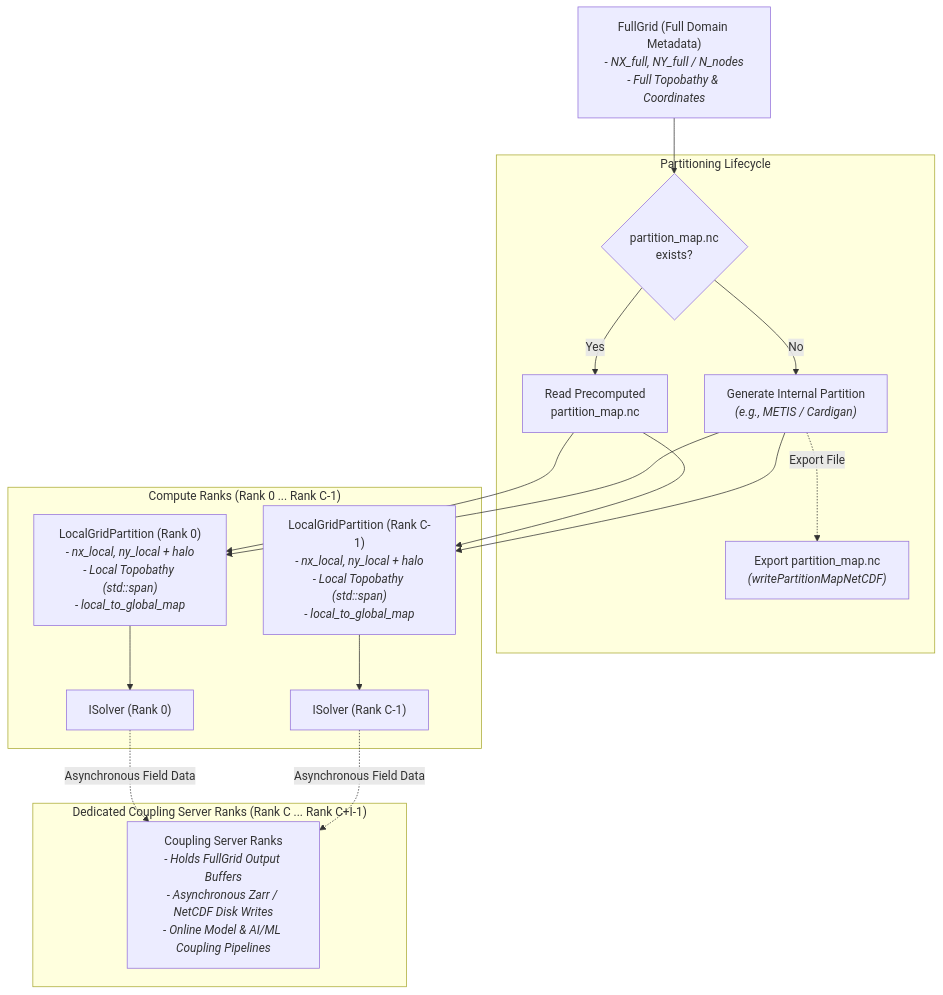
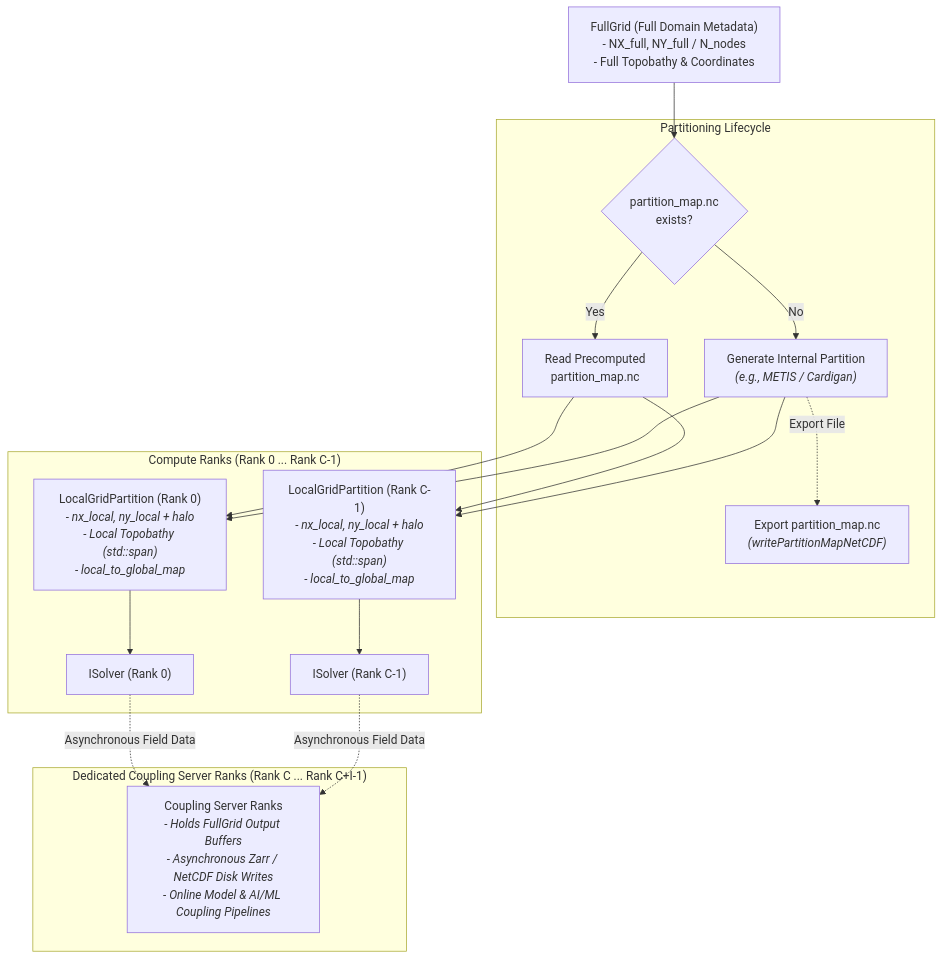
One commit to HendrikTolman-NOAA/WW4_HLT changed the third of 3 diagrams in ASSESSMENT.md. Above: the diagram before and after it, drawn with Mermaid.

Commit message:
docs: format FullGrid box label in Section 9.1 Mermaid diagram

````diff
--- a/ASSESSMENT.md
+++ b/ASSESSMENT.md
@@ -208,40 +208,40 @@
 ```mermaid
 graph TD
-    FG["FullGrid (Full Domain Metadata)<br/><i>- NX_full, NY_full / N_nodes</i><br/><i>- Full Topobathy & Coordinates</i>"]
+    FG["FullGrid&nbsp;(Full&nbsp;Domain&nbsp;Metadata)<br/>-&nbsp;NX_full,&nbsp;NY_full&nbsp;/&nbsp;N_nodes<br/>-&nbsp;Full&nbsp;Topobathy&nbsp;&&nbsp;Coordinates"]
 
     subgraph PartMap ["Partitioning Lifecycle"]
         PM_CHK{"partition_map.nc<br/>exists?"}
         PM_READ["Read Precomputed<br/>partition_map.nc"]
         PM_GEN["Generate Internal Partition<br/><i>(e.g., METIS / Cardigan)</i>"]
         PM_WRITE["Export partition_map.nc<br/><i>(writePartitionMapNetCDF)</i>"]
 
         PM_CHK -- Yes --> PM_READ
         PM_CHK -- No --> PM_GEN
         PM_GEN -. Export File .-> PM_WRITE
     end
 
     FG --> PM_CHK
 
     subgraph ComputeRanks ["Compute Ranks (Rank 0 ... Rank C-1)"]
         LP0["LocalGridPartition (Rank 0)<br/><i>- nx_local, ny_local + halo</i><br/><i>- Local Topobathy (std::span)</i><br/><i>- local_to_global_map</i>"]
         LPC["LocalGridPartition (Rank C-1)<br/><i>- nx_local, ny_local + halo</i><br/><i>- Local Topobathy (std::span)</i><br/><i>- local_to_global_map</i>"]
 
         S0["ISolver (Rank 0)"]
         SC["ISolver (Rank C-1)"]
 
         LP0 --> S0
         LPC --> SC
     end
 
     subgraph IORanks ["Dedicated Coupling Server Ranks (Rank C ... Rank C+I-1)"]
         IOR["Coupling Server Ranks<br/><i>- Holds FullGrid Output Buffers</i><br/><i>- Asynchronous Zarr / NetCDF Disk Writes</i><br/><i>- Online Model & AI/ML Coupling Pipelines</i>"]
     end
 
     PM_READ --> LP0
     PM_READ --> LPC
     PM_GEN --> LP0
     PM_GEN --> LPC
 
     S0 -. Asynchronous Field Data .-> IOR
     SC -. Asynchronous Field Data .-> IOR
 ```
````
